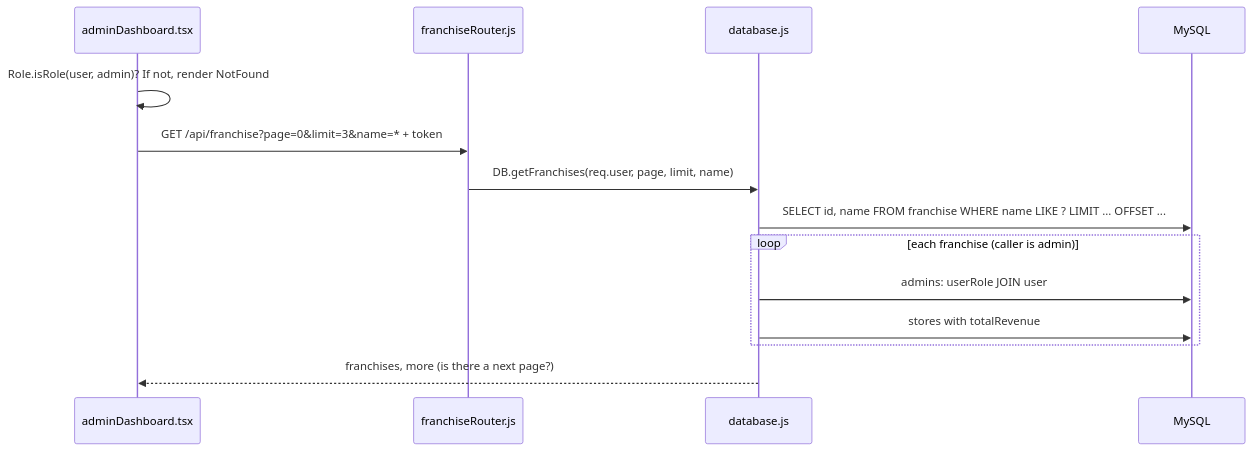
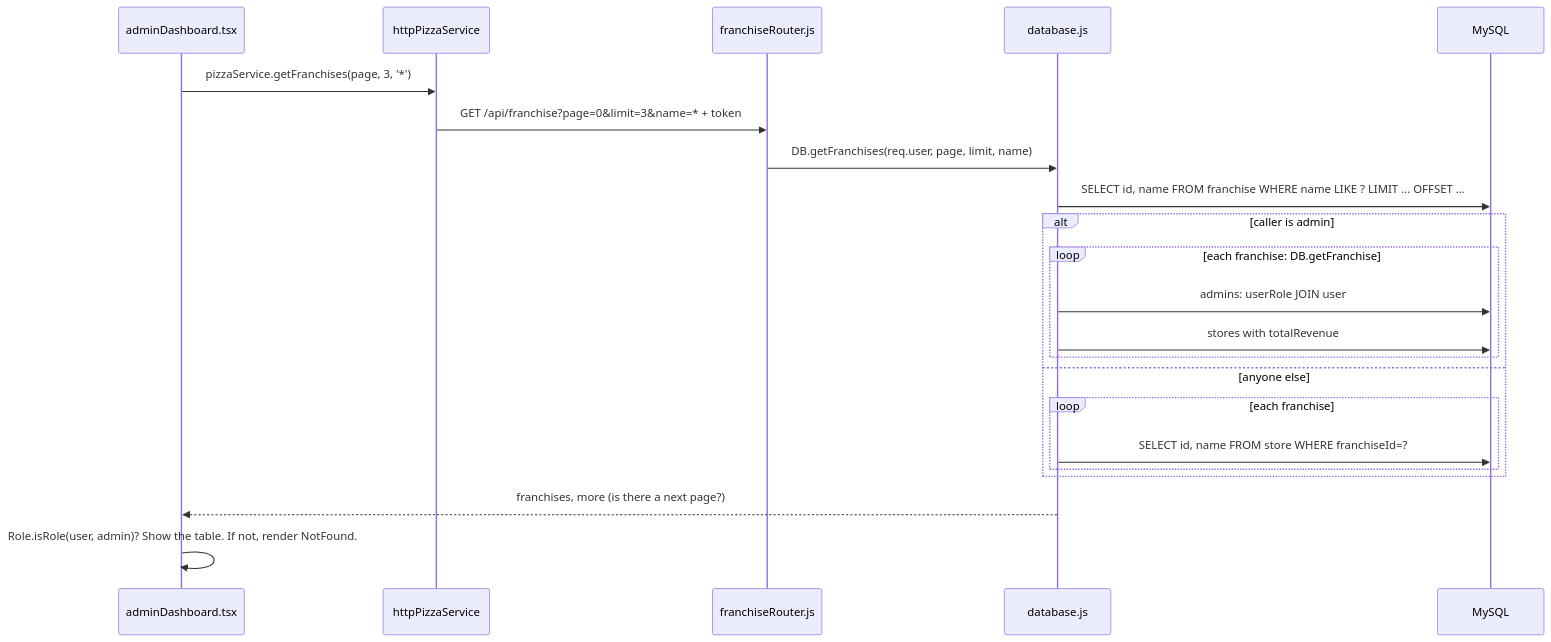
Diagram 15 of 18 in docs/flows.md (joshuajob-cs/jwt-pizza), drawn with Mermaid before and after one commit. The commit also changed other lines of this file, not shown here.

Commit message:
refactor(docs): draw every layer consistently in flows.md

````diff
--- a/docs/flows.md
+++ b/docs/flows.md
@@ -297,16 +390,24 @@
 ```mermaid
 sequenceDiagram
   participant V as adminDashboard.tsx
+  participant S as httpPizzaService
   participant R as franchiseRouter.js
   participant D as database.js
   participant M as MySQL
-  V->>V: Role.isRole(user, admin)? If not, render NotFound
-  V->>R: GET /api/franchise?page=0&limit=3&name=*  + token
+  V->>S: pizzaService.getFranchises(page, 3, '*')
+  S->>R: GET /api/franchise?page=0&limit=3&name=*  + token
   R->>D: DB.getFranchises(req.user, page, limit, name)
   D->>M: SELECT id, name FROM franchise WHERE name LIKE ? LIMIT ... OFFSET ...
-  loop each franchise (caller is admin)
-    D->>M: admins: userRole JOIN user
-    D->>M: stores with totalRevenue
+  alt caller is admin
+    loop each franchise: DB.getFranchise
+      D->>M: admins: userRole JOIN user
+      D->>M: stores with totalRevenue
+    end
+  else anyone else
+    loop each franchise
+      D->>M: SELECT id, name FROM store WHERE franchiseId=?
+    end
   end
   D-->>V: franchises, more (is there a next page?)
+  V->>V: Role.isRole(user, admin)? Show the table. If not, render NotFound.
 ```
````
